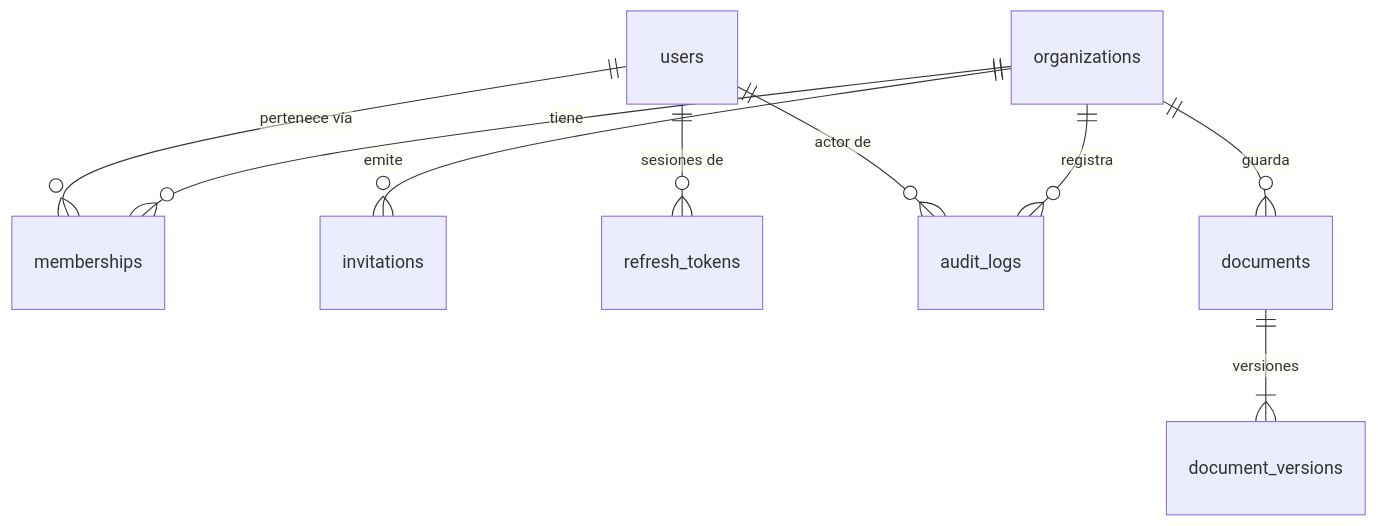
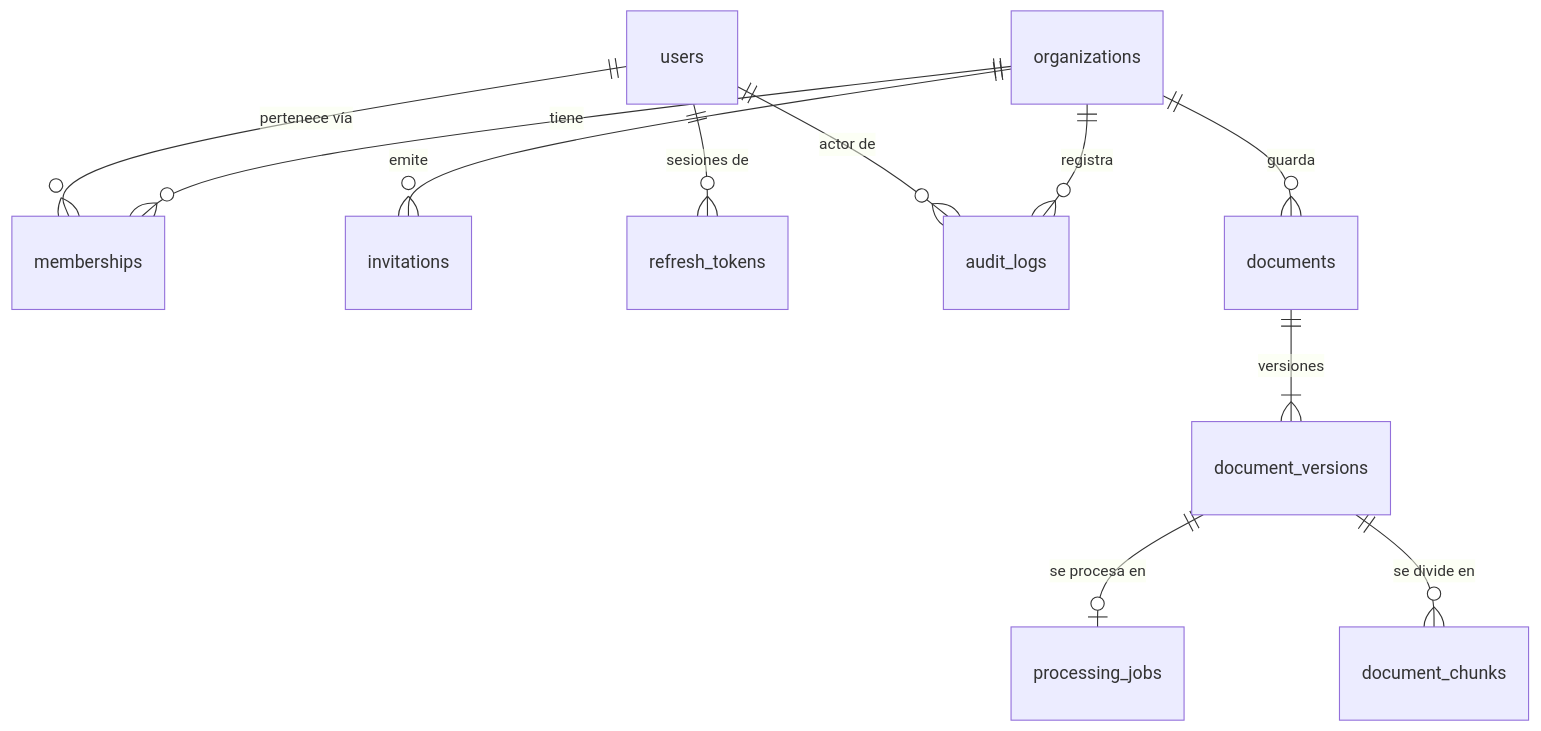
One commit to oeRusso/documind-ai changed the fifth of 9 diagrams in docs/arquitectura-del-codigo.md. Above: the diagram before and after it, drawn with Mermaid. The commit also changed other lines of this file and 17 other files, not shown here.

````diff
--- a/docs/arquitectura-del-codigo.md
+++ b/docs/arquitectura-del-codigo.md
@@ -304,11 +359,13 @@
 ```mermaid
 erDiagram
     organizations ||--o{ memberships : tiene
     users ||--o{ memberships : "pertenece vía"
     organizations ||--o{ invitations : emite
     users ||--o{ refresh_tokens : "sesiones de"
     organizations ||--o{ audit_logs : registra
     organizations ||--o{ documents : guarda
     documents ||--|{ document_versions : "versiones"
+    document_versions ||--o| processing_jobs : "se procesa en"
+    document_versions ||--o{ document_chunks : "se divide en"
     users ||--o{ audit_logs : "actor de"
 ```
````
